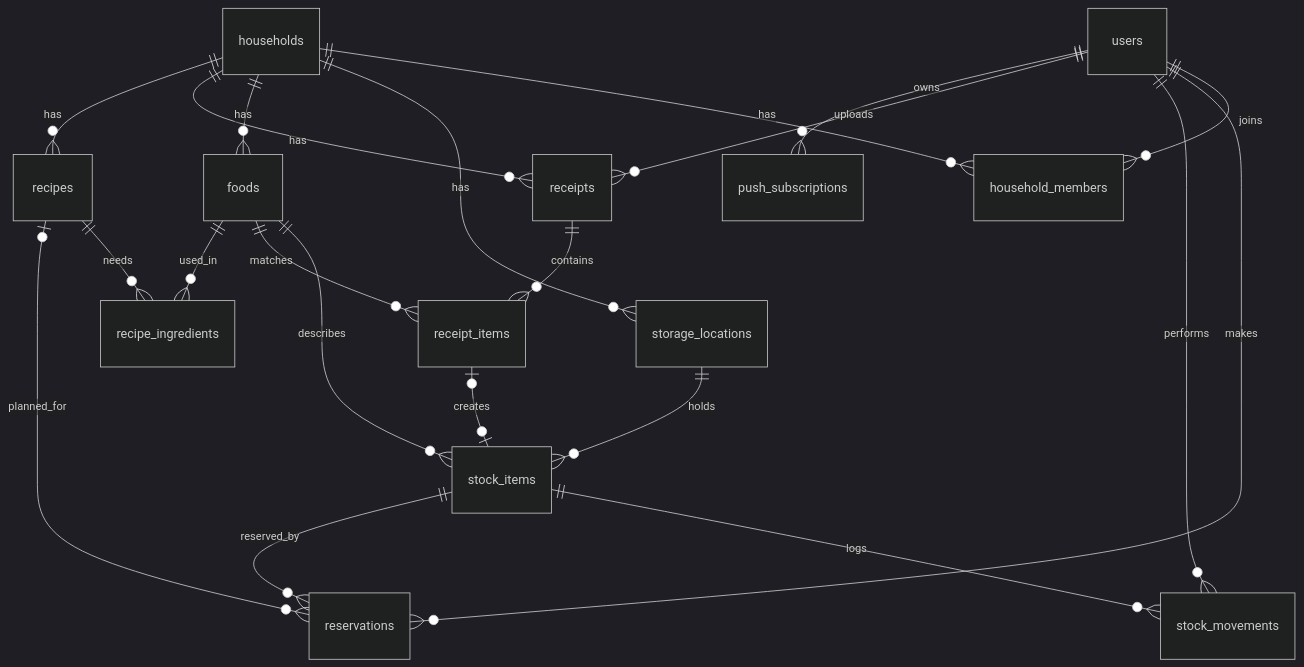
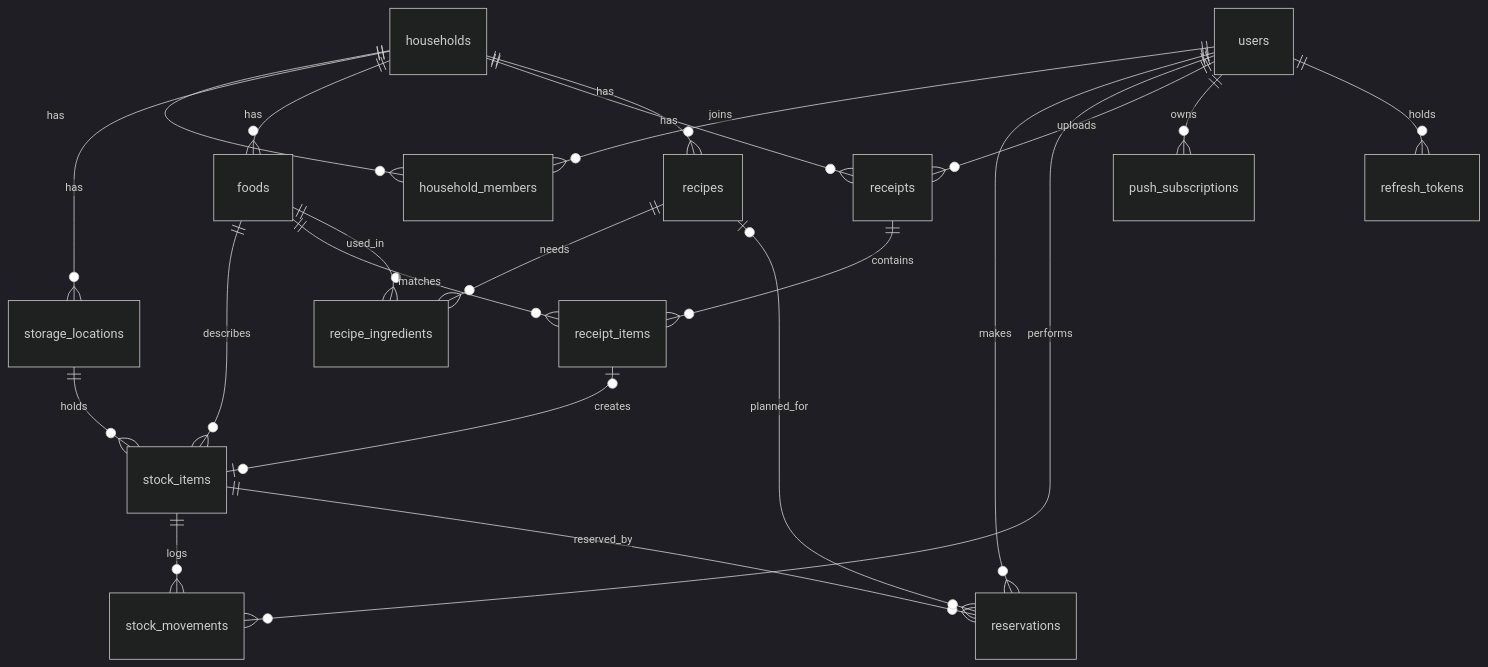
Before and after one commit to Andoryu07/iShelfandRecipes: the diagram in docs/databaseDesign.md, drawn with Mermaid (dark theme). The commit also changed other lines of this file, not shown here.

Commit message:
Add refresh tokens to database design

````diff
--- a/docs/databaseDesign.md
+++ b/docs/databaseDesign.md
@@ -5,23 +5,24 @@
 ```mermaid
 erDiagram
     users ||--o{ household_members : joins
     households ||--o{ household_members : has
     households ||--o{ storage_locations : has
     households ||--o{ foods : has
     households ||--o{ receipts : has
     households ||--o{ recipes : has
     storage_locations ||--o{ stock_items : holds
     foods ||--o{ stock_items : describes
     stock_items ||--o{ stock_movements : logs
     stock_items ||--o{ reservations : reserved_by
     users ||--o{ reservations : makes
     users ||--o{ stock_movements : performs
     users ||--o{ receipts : uploads
     users ||--o{ push_subscriptions : owns
+    users ||--o{ refresh_tokens : holds
     receipts ||--o{ receipt_items : contains
     receipt_items |o--o| stock_items : creates
     foods ||--o{ receipt_items : matches
     recipes ||--o{ recipe_ingredients : needs
     foods ||--o{ recipe_ingredients : used_in
     recipes |o--o{ reservations : planned_for
 ```
````
